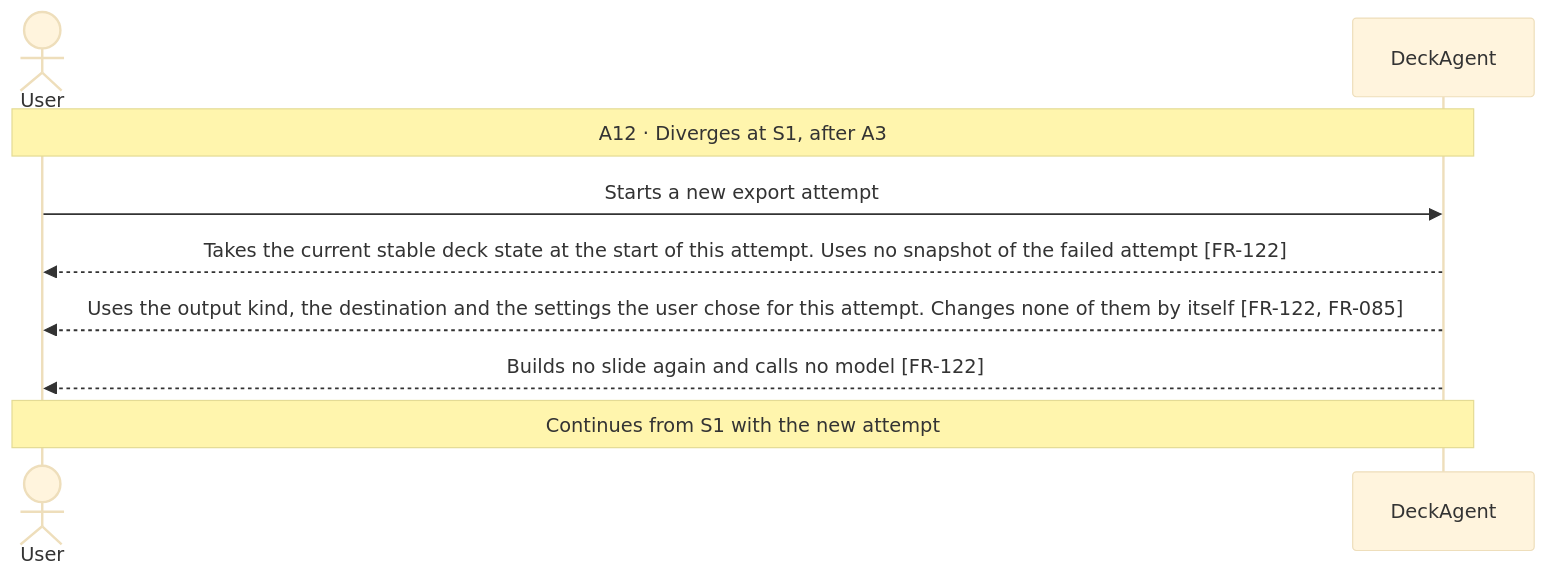
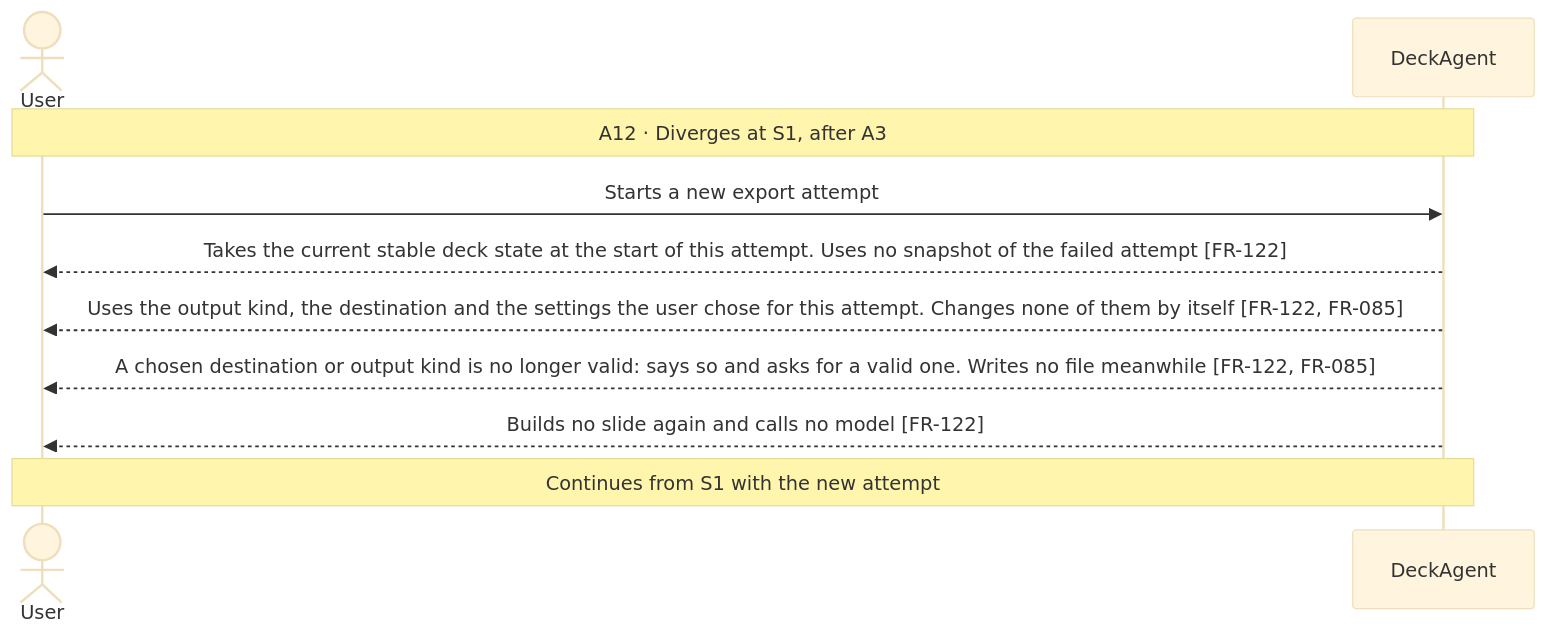
One commit to Luke23127006/DeckAgent changed diagram 11 of 11 in docs/spec/03-use-cases/UC-004.md. Above: the diagram before and after it, drawn with Mermaid (base theme). The commit also changed other lines of this file and 13 other files, not shown here.

````diff
--- a/docs/spec/03-use-cases/UC-004.md
+++ b/docs/spec/03-use-cases/UC-004.md
@@ -192,11 +196,12 @@
 ```mermaid
 sequenceDiagram
     actor User
     participant DeckAgent
     Note over User,DeckAgent: A12 · Diverges at S1, after A3
     User->>DeckAgent: Starts a new export attempt
     DeckAgent-->>User: Takes the current stable deck state at the start of this attempt. Uses no snapshot of the failed attempt [FR-122]
     DeckAgent-->>User: Uses the output kind, the destination and the settings the user chose for this attempt. Changes none of them by itself [FR-122, FR-085]
+    DeckAgent-->>User: A chosen destination or output kind is no longer valid: says so and asks for a valid one. Writes no file meanwhile [FR-122, FR-085]
     DeckAgent-->>User: Builds no slide again and calls no model [FR-122]
     Note over User,DeckAgent: Continues from S1 with the new attempt
 ```
````
